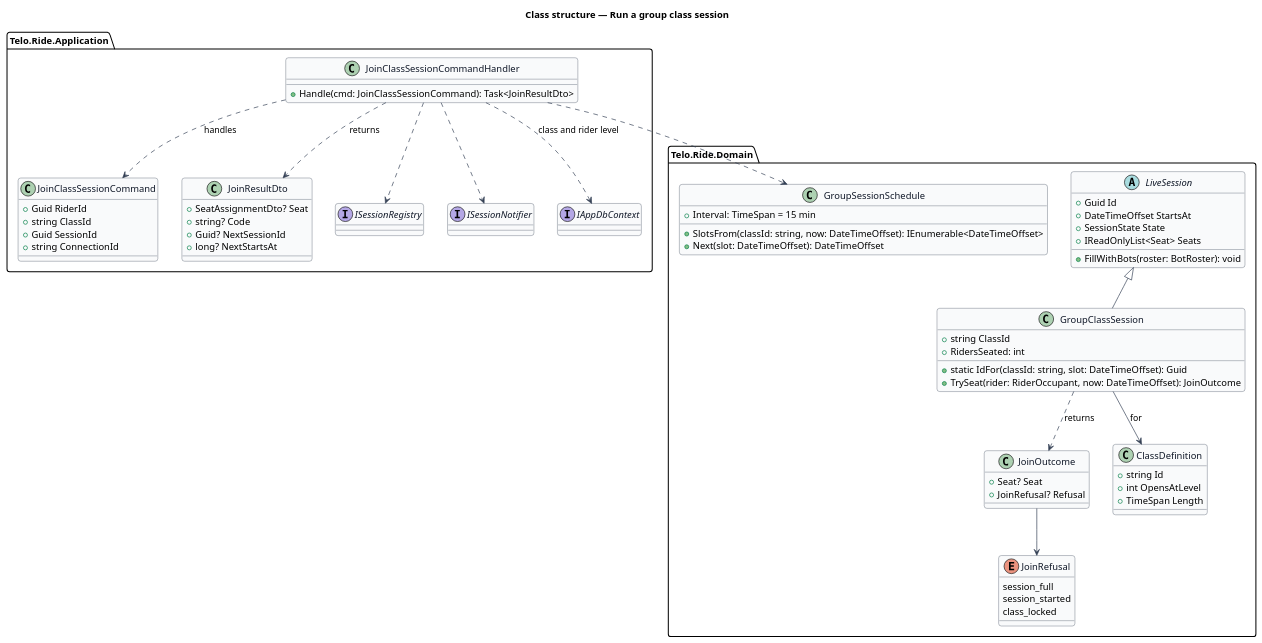
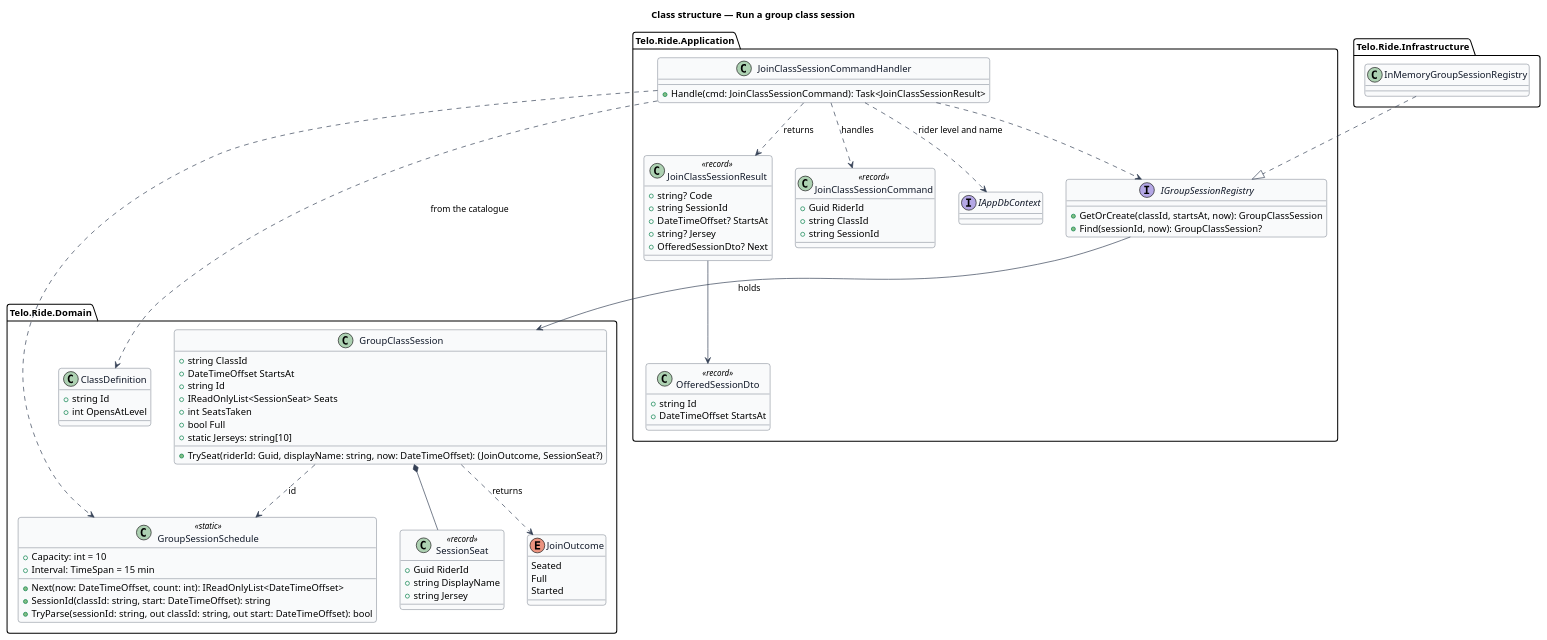
Before and after one commit to QuinntyneBrown/wattzup: the diagram in docs/detailed-designs/multiplayer/run-a-group-class-session/diagrams/class-structure.puml, drawn with PlantUML. The commit also changed 21 other files, not shown here.

First line of the commit message:
Join the group session as the class ride connects (slice 14.3)

```diff
--- a/docs/detailed-designs/multiplayer/run-a-group-class-session/diagrams/class-structure.puml
+++ b/docs/detailed-designs/multiplayer/run-a-group-class-session/diagrams/class-structure.puml
@@ -1,82 +1,92 @@
 @startuml
 ' --- shared skin header ---
 skinparam backgroundColor #FFFFFF
 skinparam shadowing false
 skinparam roundcorner 8
 skinparam defaultFontName Arial
 skinparam ArrowColor #344054
 skinparam class {
   BorderColor #344054
   FontColor #101828
   BackgroundColor #F9FAFB
 }
 set separator none
 ' --------------------------
 title Class structure — Run a group class session
 
 package "Telo.Ride.Domain" {
-  abstract class LiveSession {
-    +Guid Id
-    +DateTimeOffset StartsAt
-    +SessionState State
-    +IReadOnlyList<Seat> Seats
-    +FillWithBots(roster: BotRoster): void
-  }
   class GroupClassSession {
     +string ClassId
-    +static IdFor(classId: string, slot: DateTimeOffset): Guid
-    +TrySeat(rider: RiderOccupant, now: DateTimeOffset): JoinOutcome
-    +RidersSeated: int
+    +DateTimeOffset StartsAt
+    +string Id
+    +IReadOnlyList<SessionSeat> Seats
+    +int SeatsTaken
+    +bool Full
+    +static Jerseys: string[10]
+    +TrySeat(riderId: Guid, displayName: string, now: DateTimeOffset): (JoinOutcome, SessionSeat?)
   }
-  class GroupSessionSchedule {
+  class SessionSeat <<record>> {
+    +Guid RiderId
+    +string DisplayName
+    +string Jersey
+  }
+  class GroupSessionSchedule <<static>> {
+    +Capacity: int = 10
     +Interval: TimeSpan = 15 min
-    +SlotsFrom(classId: string, now: DateTimeOffset): IEnumerable<DateTimeOffset>
-    +Next(slot: DateTimeOffset): DateTimeOffset
+    +Next(now: DateTimeOffset, count: int): IReadOnlyList<DateTimeOffset>
+    +SessionId(classId: string, start: DateTimeOffset): string
+    +TryParse(sessionId: string, out classId: string, out start: DateTimeOffset): bool
   }
-  class JoinOutcome {
-    +Seat? Seat
-    +JoinRefusal? Refusal
-  }
-  enum JoinRefusal {
-    session_full
-    session_started
-    class_locked
+  enum JoinOutcome {
+    Seated
+    Full
+    Started
   }
   class ClassDefinition {
     +string Id
     +int OpensAtLevel
-    +TimeSpan Length
   }
 }
 package "Telo.Ride.Application" {
-  class JoinClassSessionCommand {
+  class JoinClassSessionCommand <<record>> {
     +Guid RiderId
     +string ClassId
-    +Guid SessionId
-    +string ConnectionId
+    +string SessionId
   }
   class JoinClassSessionCommandHandler {
-    +Handle(cmd: JoinClassSessionCommand): Task<JoinResultDto>
+    +Handle(cmd: JoinClassSessionCommand): Task<JoinClassSessionResult>
   }
-  class JoinResultDto {
-    +SeatAssignmentDto? Seat
+  class JoinClassSessionResult <<record>> {
     +string? Code
-    +Guid? NextSessionId
-    +long? NextStartsAt
+    +string SessionId
+    +DateTimeOffset? StartsAt
+    +string? Jersey
+    +OfferedSessionDto? Next
   }
-  interface ISessionRegistry
-  interface ISessionNotifier
+  class OfferedSessionDto <<record>> {
+    +string Id
+    +DateTimeOffset StartsAt
+  }
+  interface IGroupSessionRegistry {
+    +GetOrCreate(classId, startsAt, now): GroupClassSession
+    +Find(sessionId, now): GroupClassSession?
+  }
   interface IAppDbContext
 }
+package "Telo.Ride.Infrastructure" {
+  class InMemoryGroupSessionRegistry
+}
 
-LiveSession <|-- GroupClassSession
+GroupClassSession *-- SessionSeat
 GroupClassSession ..> JoinOutcome : returns
-JoinOutcome --> JoinRefusal
+GroupClassSession ..> GroupSessionSchedule : id
 JoinClassSessionCommandHandler ..> JoinClassSessionCommand : handles
 JoinClassSessionCommandHandler ..> GroupSessionSchedule
-JoinClassSessionCommandHandler ..> ISessionRegistry
-JoinClassSessionCommandHandler ..> ISessionNotifier
-JoinClassSessionCommandHandler ..> IAppDbContext : class and rider level
-JoinClassSessionCommandHandler ..> JoinResultDto : returns
-GroupClassSession --> ClassDefinition : for
+JoinClassSessionCommandHandler ..> IGroupSessionRegistry
+JoinClassSessionCommandHandler ..> IAppDbContext : rider level and name
+JoinClassSessionCommandHandler ..> ClassDefinition : from the catalogue
+JoinClassSessionCommandHandler ..> JoinClassSessionResult : returns
+JoinClassSessionResult --> OfferedSessionDto
+InMemoryGroupSessionRegistry ..|> IGroupSessionRegistry
+IGroupSessionRegistry --> GroupClassSession : holds
 @enduml
```
